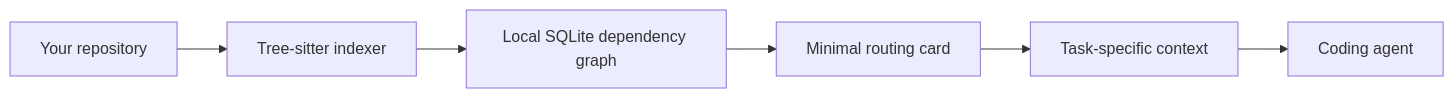
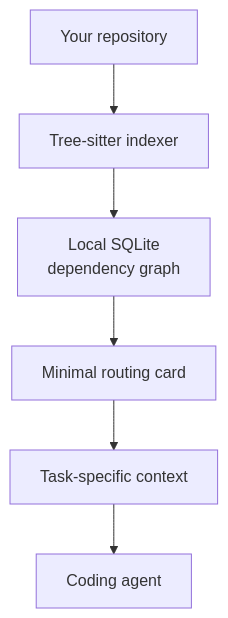
Before and after one commit to RishiiShah/CseGraph: the diagram in README.md, drawn with Mermaid. The commit also changed other lines of this file and 7 other files, not shown here.

````diff
--- a/README.md
+++ b/README.md
@@ -187,8 +166,8 @@
 ```mermaid
-flowchart LR
+flowchart TD
     A["Your repository"] --> B["Tree-sitter indexer"]
-    B --> C["Local SQLite dependency graph"]
+    B --> C["Local SQLite<br/>dependency graph"]
     C --> D["Minimal routing card"]
     D --> E["Task-specific context"]
     E --> F["Coding agent"]
 ```
````
